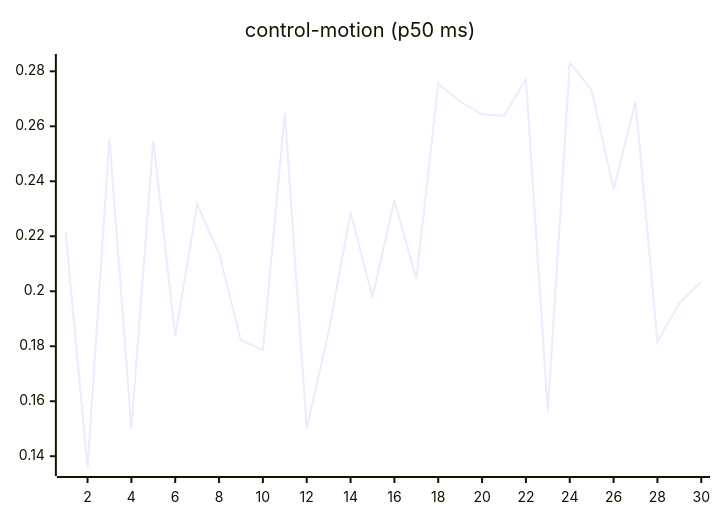
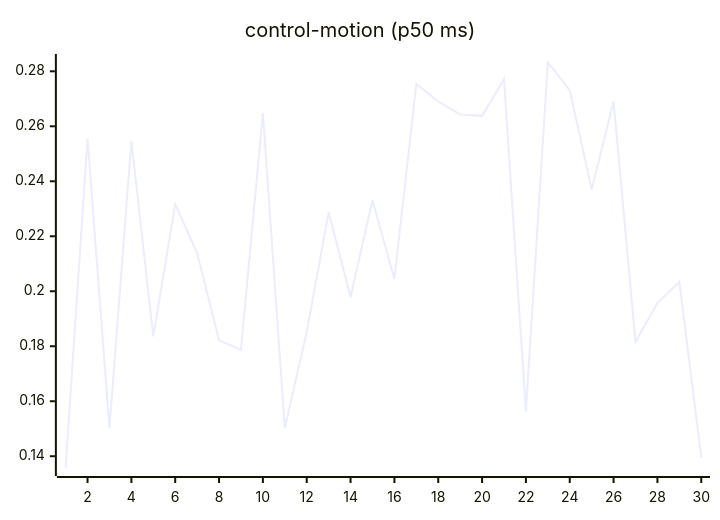
The seventh of 27 diagrams in README.md (josha/Facet), drawn with Mermaid before and after one commit. The commit also changed other lines of this file and 2 other files, not shown here.

````diff
--- a/README.md
+++ b/README.md
@@ -105,6 +105,6 @@
 ```mermaid
 xychart-beta
     title "control-motion (p50 ms)"
     x-axis 1 --> 30
-    line [0.2215, 0.1359, 0.2555, 0.1502, 0.2547, 0.1836, 0.2317, 0.2139, 0.1822, 0.1787, 0.2649, 0.1502, 0.1852, 0.2287, 0.1979, 0.2331, 0.2045, 0.2754, 0.2690, 0.2643, 0.2638, 0.2771, 0.1563, 0.2832, 0.2731, 0.2370, 0.2690, 0.1816, 0.1957, 0.2034]
+    line [0.1359, 0.2555, 0.1502, 0.2547, 0.1836, 0.2317, 0.2139, 0.1822, 0.1787, 0.2649, 0.1502, 0.1852, 0.2287, 0.1979, 0.2331, 0.2045, 0.2754, 0.2690, 0.2643, 0.2638, 0.2771, 0.1563, 0.2832, 0.2731, 0.2370, 0.2690, 0.1816, 0.1957, 0.2034, 0.1395]
 ```
````
